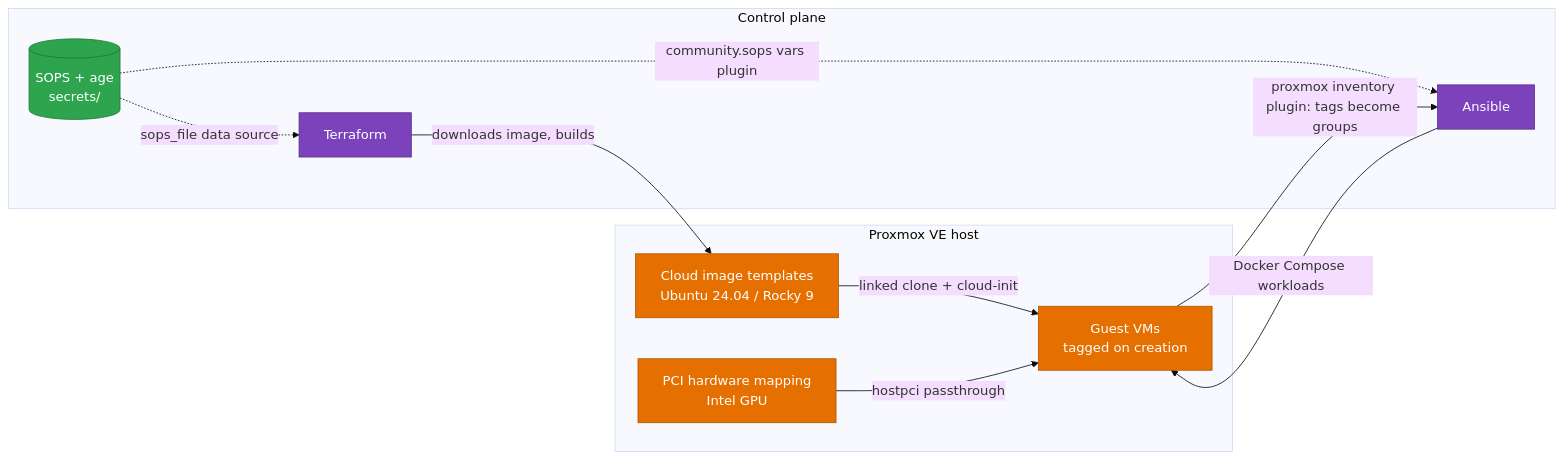
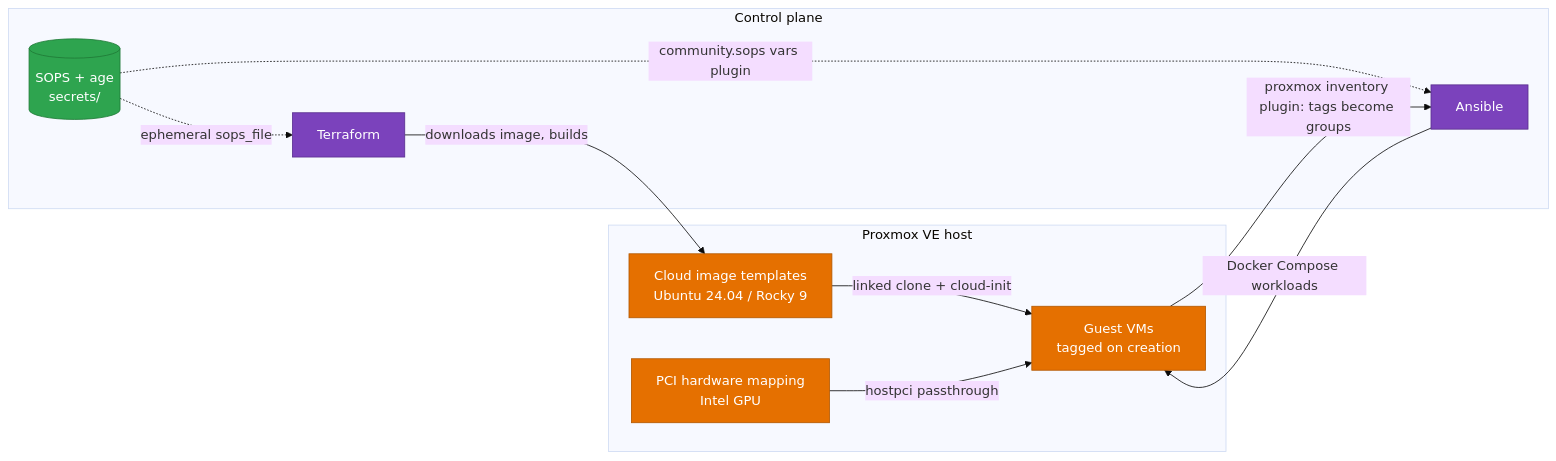
One commit to RashunB/Arr-Media-Platform-Project changed the first of 3 diagrams in README.md. Above: the diagram before and after it, drawn with Mermaid (base theme). The commit also changed other lines of this file and 26 other files, not shown here.

````diff
--- a/README.md
+++ b/README.md
@@ -46,29 +46,29 @@
 ```mermaid
 flowchart LR
     subgraph CTRL["Control plane"]
         TF["Terraform"]
         ANS["Ansible"]
         SOPS[("SOPS + age<br/>secrets/")]
     end
 
     subgraph PVE["Proxmox VE host"]
         TPL["Cloud image templates<br/>Ubuntu 24.04 / Rocky 9"]
         VM["Guest VMs<br/>tagged on creation"]
         GPU["PCI hardware mapping<br/>Intel GPU"]
     end
 
-    SOPS -.->|sops_file data source| TF
+    SOPS -.->|ephemeral sops_file| TF
     SOPS -.->|community.sops vars plugin| ANS
     TF -->|downloads image, builds| TPL
     TPL -->|linked clone + cloud-init| VM
     GPU -->|hostpci passthrough| VM
     VM -->|"proxmox inventory plugin: tags become groups"| ANS
     ANS -->|Docker Compose workloads| VM
 
     classDef ctrl fill:#7B42BC,color:#fff,stroke:#5a2f8f
     classDef secrets fill:#2ea44f,color:#fff,stroke:#1f7a37
     classDef proxmox fill:#E57000,color:#fff,stroke:#b35800
     class TF,ANS ctrl
     class SOPS secrets
     class TPL,VM,GPU proxmox
 ```
````
